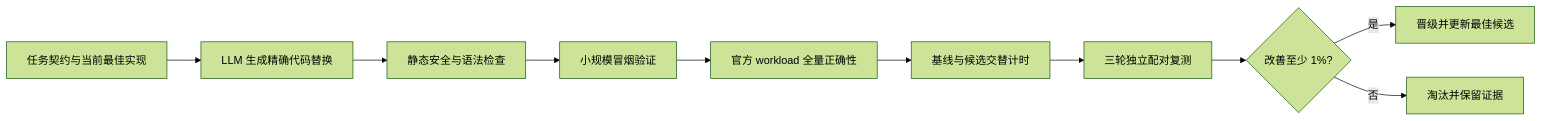
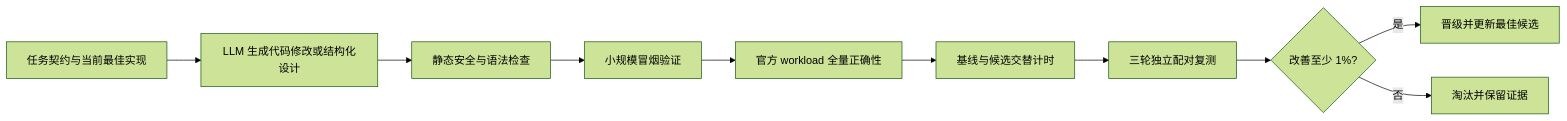
Before and after one commit to yangpu-333/gpgpu-cake: the diagram in README.md, drawn with Mermaid (forest theme). The commit also changed other lines of this file and 19 other files, not shown here.

````diff
--- a/README.md
+++ b/README.md
@@ -37,12 +38,12 @@
 ```mermaid
 flowchart LR
-    A[任务契约与当前最佳实现] --> B[LLM 生成精确代码替换]
+    A[任务契约与当前最佳实现] --> B[LLM 生成代码修改或结构化设计]
     B --> C[静态安全与语法检查]
     C --> D[小规模冒烟验证]
     D --> E[官方 workload 全量正确性]
     E --> F[基线与候选交替计时]
     F --> G[三轮独立配对复测]
     G --> H{改善至少 1%?}
     H -->|是| I[晋级并更新最佳候选]
     H -->|否| J[淘汰并保留证据]
 ```
````
